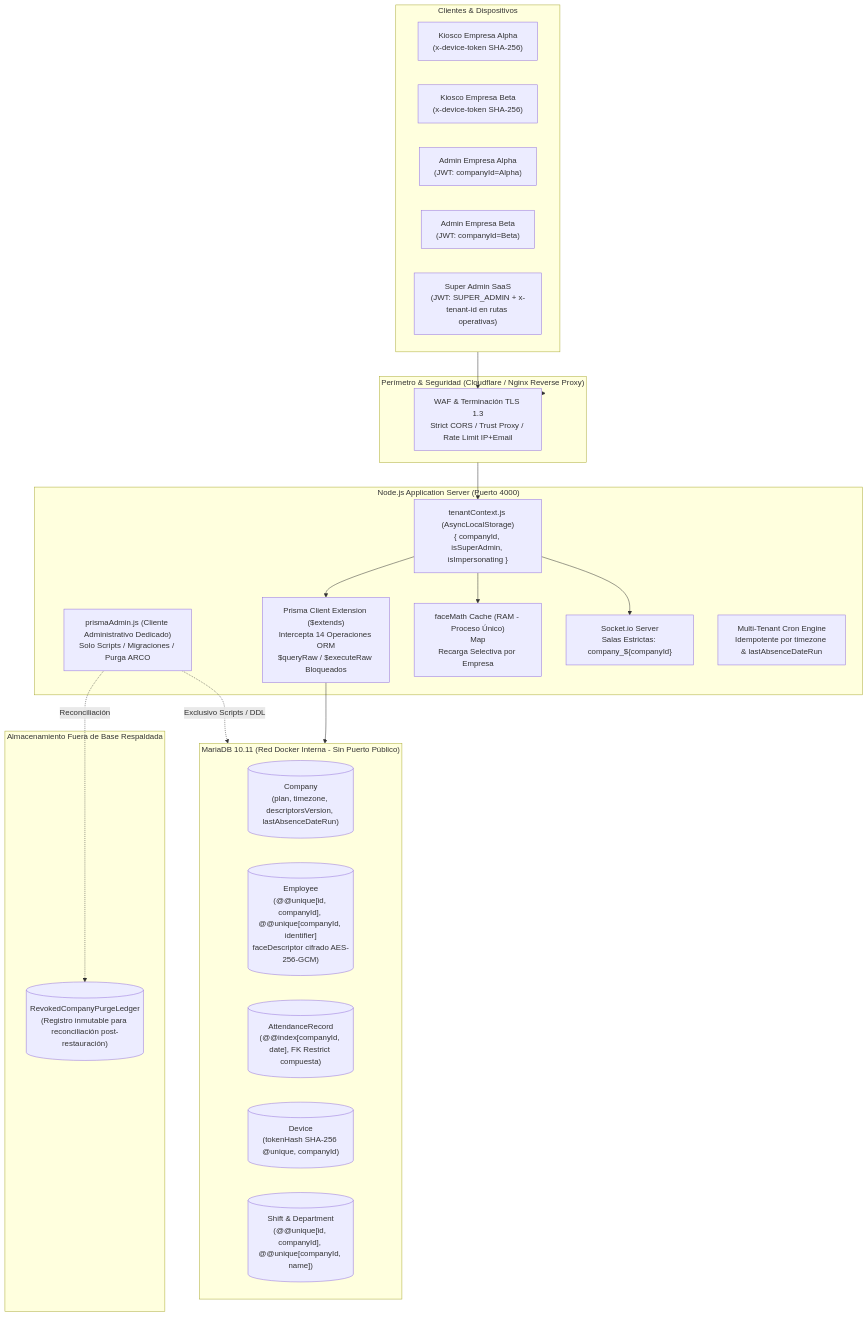
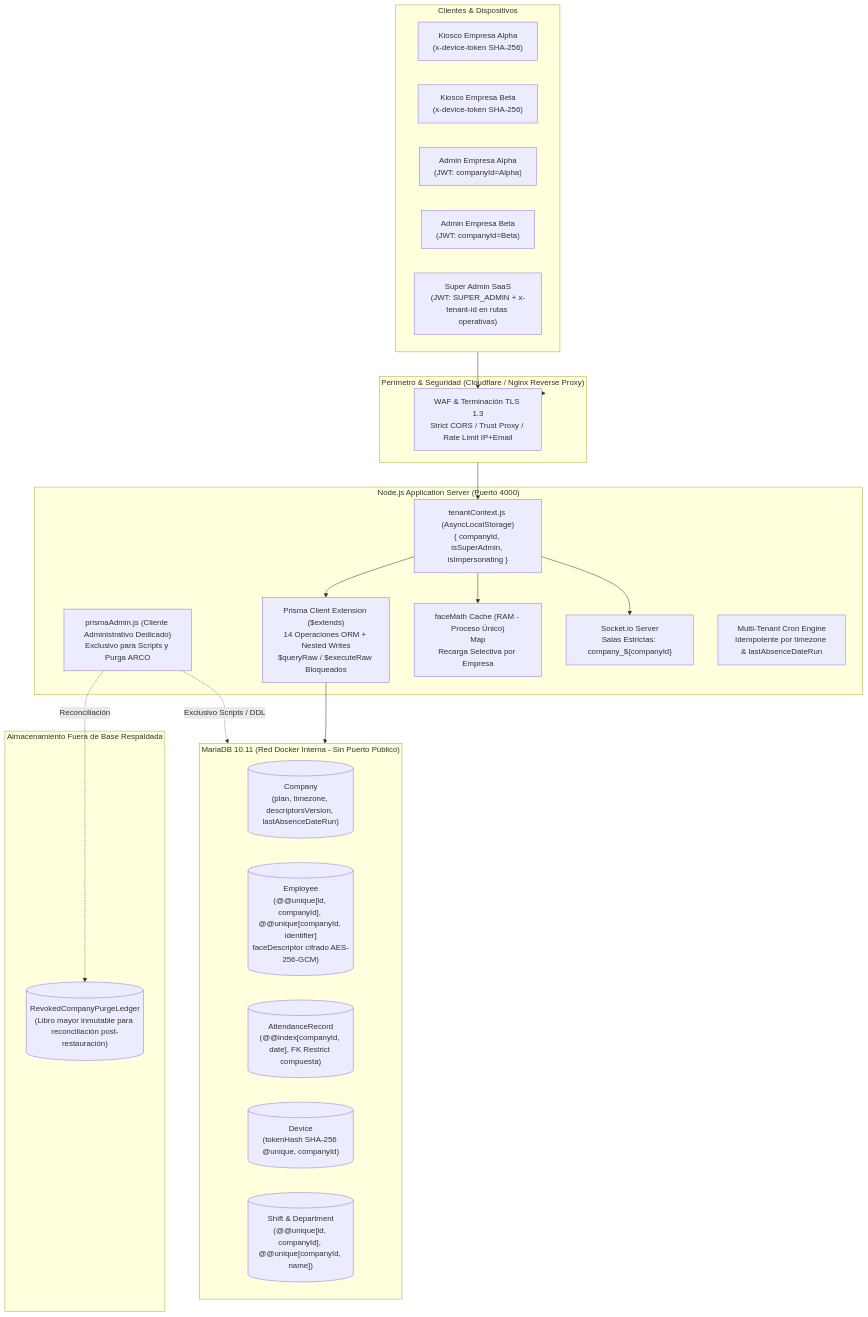
The first of 2 diagrams in docs/saas/saas_multitenant_implementation_plan.md (GabrielAvila5/ReconocimientoFPainProject), drawn with Mermaid before and after one commit. The commit also changed other lines of this file, not shown here.

````diff
--- a/docs/saas/saas_multitenant_implementation_plan.md
+++ b/docs/saas/saas_multitenant_implementation_plan.md
@@ -85,42 +13,42 @@
 ```mermaid
 flowchart TB
     subgraph Edge["Perímetro & Seguridad (Cloudflare / Nginx Reverse Proxy)"]
         WAF["WAF & Terminación TLS 1.3\nStrict CORS / Trust Proxy / Rate Limit IP+Email"]
     end
 
     subgraph Clientes["Clientes & Dispositivos"]
         K1["Kiosco Empresa Alpha\n(x-device-token SHA-256)"]
         K2["Kiosco Empresa Beta\n(x-device-token SHA-256)"]
         A1["Admin Empresa Alpha\n(JWT: companyId=Alpha)"]
         A2["Admin Empresa Beta\n(JWT: companyId=Beta)"]
         SA["Super Admin SaaS\n(JWT: SUPER_ADMIN + x-tenant-id en rutas operativas)"]
     end
 
     subgraph AppServer["Node.js Application Server (Puerto 4000)"]
         ALS["tenantContext.js (AsyncLocalStorage)\n{ companyId, isSuperAdmin, isImpersonating }"]
-        PrismaExt["Prisma Client Extension ($extends)\nIntercepta 14 Operaciones ORM\n$queryRaw / $executeRaw Bloqueados"]
-        PrismaAdmin["prismaAdmin.js (Cliente Administrativo Dedicado)\nSolo Scripts / Migraciones / Purga ARCO"]
+        PrismaExt["Prisma Client Extension ($extends)\n14 Operaciones ORM + Nested Writes\n$queryRaw / $executeRaw Bloqueados"]
+        PrismaAdmin["prismaAdmin.js (Cliente Administrativo Dedicado)\nExclusivo para Scripts y Purga ARCO"]
         FaceRAM["faceMath Cache (RAM - Proceso Único)\nMap<companyId, Float32Array[]>\nRecarga Selectiva por Empresa"]
         WSEngine["Socket.io Server\nSalas Estrictas: company_${companyId}"]
         CronEngine["Multi-Tenant Cron Engine\nIdempotente por timezone & lastAbsenceDateRun"]
     end
 
     subgraph Storage["MariaDB 10.11 (Red Docker Interna - Sin Puerto Público)"]
         T_Company[("Company\n(plan, timezone, descriptorsVersion, lastAbsenceDateRun)")]
         T_Emp[("Employee\n(@@unique[id, companyId], @@unique[companyId, identifier]\nfaceDescriptor cifrado AES-256-GCM)")]
         T_Att[("AttendanceRecord\n(@@index[companyId, date], FK Restrict compuesta)")]
         T_Dev[("Device\n(tokenHash SHA-256 @unique, companyId)")]
         T_Shifts[("Shift & Department\n(@@unique[id, companyId], @@unique[companyId, name])")]
     end
 
     subgraph ExternalLedger["Almacenamiento Fuera de Base Respaldada"]
-        LedgerFile[("RevokedCompanyPurgeLedger\n(Registro inmutable para reconciliación post-restauración)")]
+        LedgerFile[("RevokedCompanyPurgeLedger\n(Libro mayor inmutable para reconciliación post-restauración)")]
     end
 
     Clientes --> WAF --> Edge --> ALS
     ALS --> PrismaExt --> Storage
     PrismaAdmin -.->|Exclusivo Scripts / DDL| Storage
     PrismaAdmin -.->|Reconciliación| LedgerFile
     ALS --> FaceRAM
     ALS --> WSEngine
 ```
````
